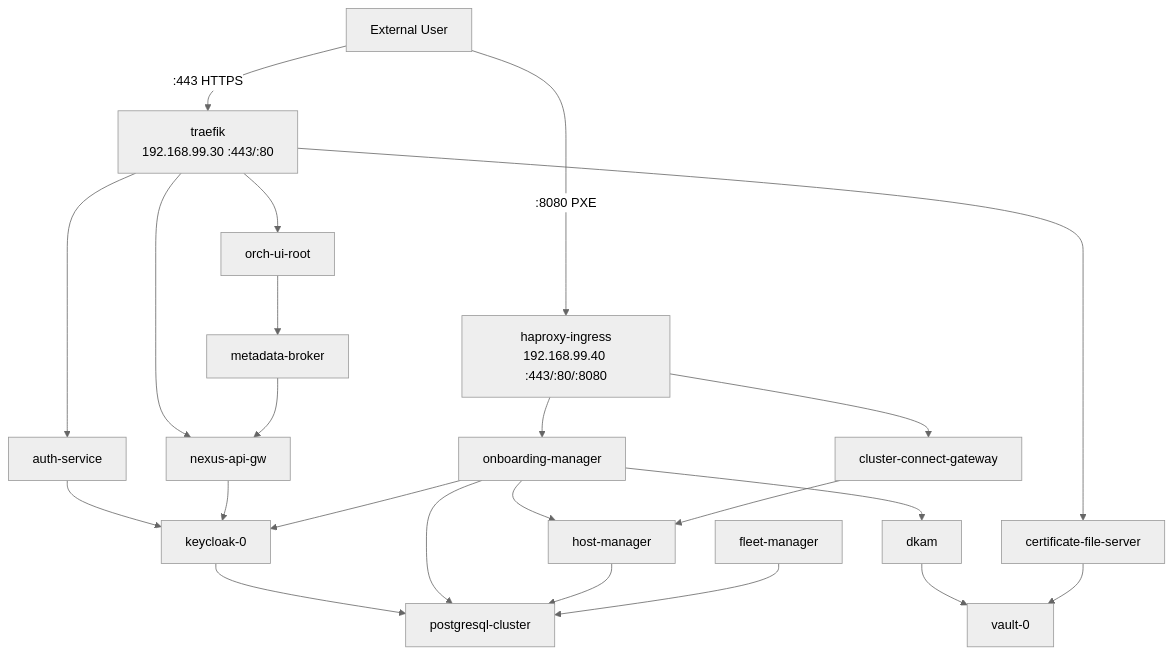
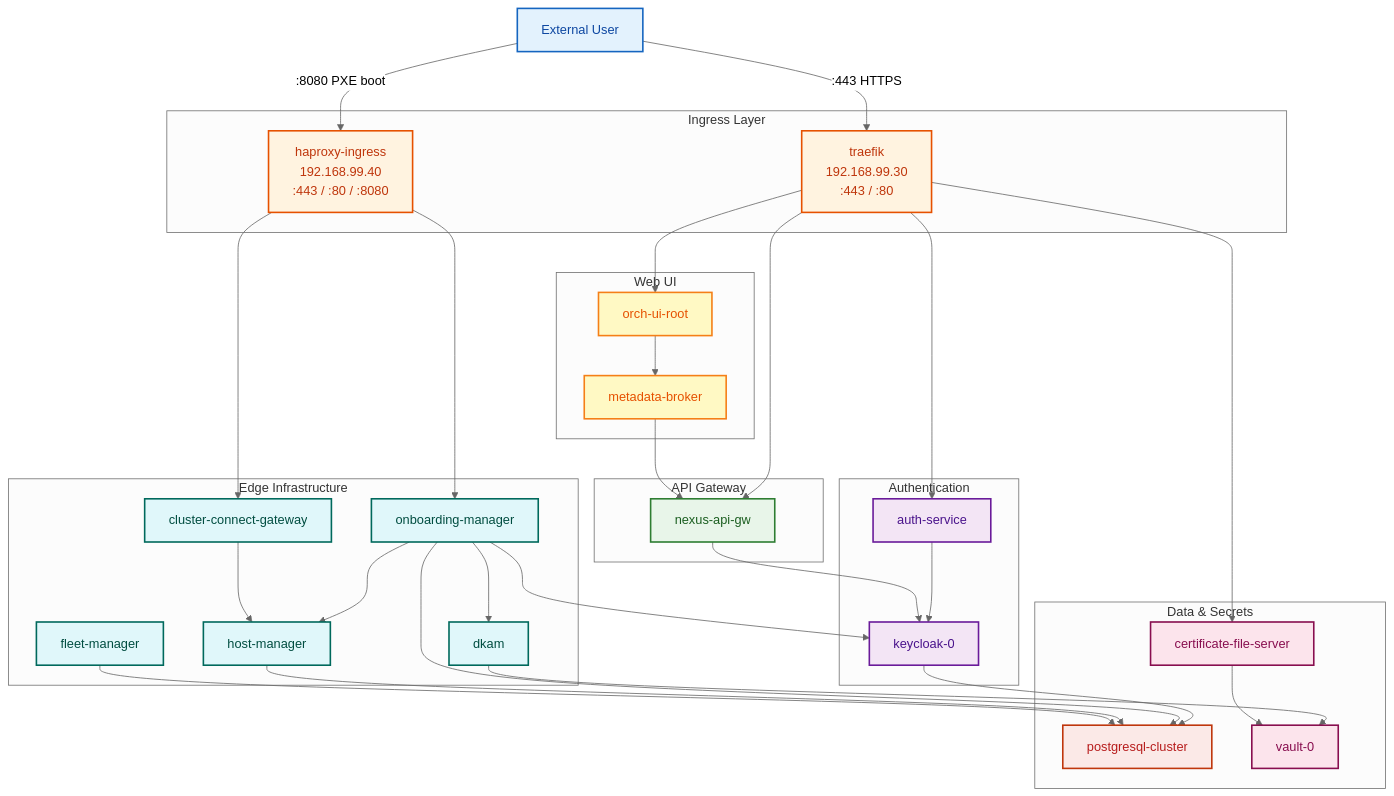
The diagram in pre-orch/diagram.md (open-edge-platform/edge-manageability-framework), drawn with Mermaid (neutral theme) before and after one commit. The commit also changed other lines of this file, not shown here.

````diff
--- a/pre-orch/diagram.md
+++ b/pre-orch/diagram.md
@@ -3,33 +3,58 @@
 ```mermaid
 graph TD
-    USER["External User"]
-    TRAEFIK["traefik<br/>192.168.99.30 :443/:80"]
-    HAPROXY["haproxy-ingress<br/>192.168.99.40 :443/:80/:8080"]
-    AUTH["auth-service"]
-    KEYCLOAK["keycloak-0"]
-    NEXUS_GW["nexus-api-gw"]
-    PG["postgresql-cluster"]
-    VAULT["vault-0"]
-    CERT_FS["certificate-file-server"]
-    HOST_MGR["host-manager"]
-    FLEET_MGR["fleet-manager"]
-    ONB_MGR["onboarding-manager"]
-    DKAM["dkam"]
-    CLUSTER_GW["cluster-connect-gateway"]
-    UI_ROOT["orch-ui-root"]
-    META_BROKER["metadata-broker"]
+    classDef external fill:#E3F2FD,stroke:#1565C0,stroke-width:2px,color:#0D47A1
+    classDef ingress fill:#FFF3E0,stroke:#E65100,stroke-width:2px,color:#BF360C
+    classDef auth fill:#F3E5F5,stroke:#6A1B9A,stroke-width:2px,color:#4A148C
+    classDef api fill:#E8F5E9,stroke:#2E7D32,stroke-width:2px,color:#1B5E20
+    classDef data fill:#FBE9E7,stroke:#BF360C,stroke-width:2px,color:#B71C1C
+    classDef infra fill:#E0F7FA,stroke:#00695C,stroke-width:2px,color:#004D40
+    classDef ui fill:#FFF9C4,stroke:#F57F17,stroke-width:2px,color:#E65100
+    classDef secret fill:#FCE4EC,stroke:#880E4F,stroke-width:2px,color:#880E4F
 
-    %% External access
+    USER["External User"]:::external
+
+    subgraph INGRESS["Ingress Layer"]
+        TRAEFIK["traefik<br/>192.168.99.30<br/>:443 / :80"]
+        HAPROXY["haproxy-ingress<br/>192.168.99.40<br/>:443 / :80 / :8080"]
+    end
+
+    subgraph AUTH_LAYER["Authentication"]
+        AUTH["auth-service"]
+        KEYCLOAK["keycloak-0"]
+    end
+
+    subgraph API_LAYER["API Gateway"]
+        NEXUS_GW["nexus-api-gw"]
+    end
+
+    subgraph UI_LAYER["Web UI"]
+        UI_ROOT["orch-ui-root"]
+        META_BROKER["metadata-broker"]
+    end
+
+    subgraph INFRA_LAYER["Edge Infrastructure"]
+        ONB_MGR["onboarding-manager"]
+        DKAM["dkam"]
+        HOST_MGR["host-manager"]
+        FLEET_MGR["fleet-manager"]
+        CLUSTER_GW["cluster-connect-gateway"]
+    end
+
+    subgraph DATA_LAYER["Data & Secrets"]
+        PG["postgresql-cluster"]
+        VAULT["vault-0"]
+        CERT_FS["certificate-file-server"]
+    end
+
+    %% External → Ingress
     USER -->|":443 HTTPS"| TRAEFIK
-    USER -->|":8080 PXE"| HAPROXY
+    USER -->|":8080 PXE boot"| HAPROXY
 
-    %% Traefik routes
+    %% Ingress → Services
     TRAEFIK --> AUTH
     TRAEFIK --> UI_ROOT
     TRAEFIK --> NEXUS_GW
     TRAEFIK --> CERT_FS
-
-    %% HAProxy routes
     HAPROXY --> ONB_MGR
     HAPROXY --> CLUSTER_GW
 
@@ -56,4 +81,21 @@
     FLEET_MGR --> PG
     CLUSTER_GW --> HOST_MGR
     CERT_FS --> VAULT
+
+    %% Apply styles
+    TRAEFIK:::ingress
+    HAPROXY:::ingress
+    AUTH:::auth
+    KEYCLOAK:::auth
+    NEXUS_GW:::api
+    UI_ROOT:::ui
+    META_BROKER:::ui
+    ONB_MGR:::infra
+    DKAM:::infra
+    HOST_MGR:::infra
+    FLEET_MGR:::infra
+    CLUSTER_GW:::infra
+    PG:::data
+    VAULT:::secret
+    CERT_FS:::secret
 ```
````
